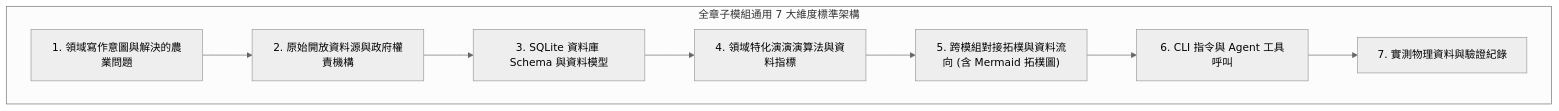
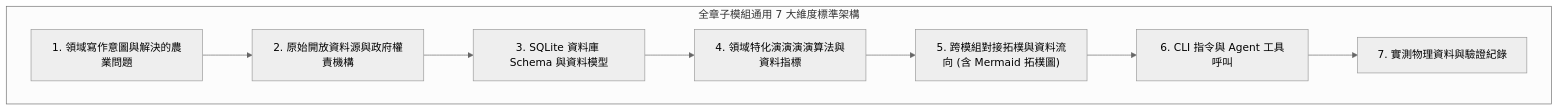
Before and after one commit to wuulong/tw-agro-db: the diagram in book/03_00_structure_guide.md, drawn with Mermaid (neutral theme). The commit also changed other lines of this file and 63 other files, not shown here.

````diff
--- a/book/03_00_structure_guide.md
+++ b/book/03_00_structure_guide.md
@@ -16,14 +16,14 @@
 ```mermaid
 flowchart TD
     subgraph Dimension["全章子模組通用 7 大維度標準架構"]
         D1["1. 領域寫作意圖與解決的農業問題"]
         D2["2. 原始開放資料源與政府權責機構"]
         D3["3. SQLite 資料庫 Schema 與資料模型"]
-        D4["4. 領域特化演演演算法與資料指標"]
+        D4["4. 領域特化演演演演算法與資料指標"]
         D5["5. 跨模組對接拓樸與資料流向 (含 Mermaid 拓樸圖)"]
         D6["6. CLI 指令與 Agent 工具呼叫"]
         D7["7. 實測物理資料與驗證紀錄"]
     end
 
     D1 --> D2 --> D3 --> D4 --> D5 --> D6 --> D7
 ```
````
